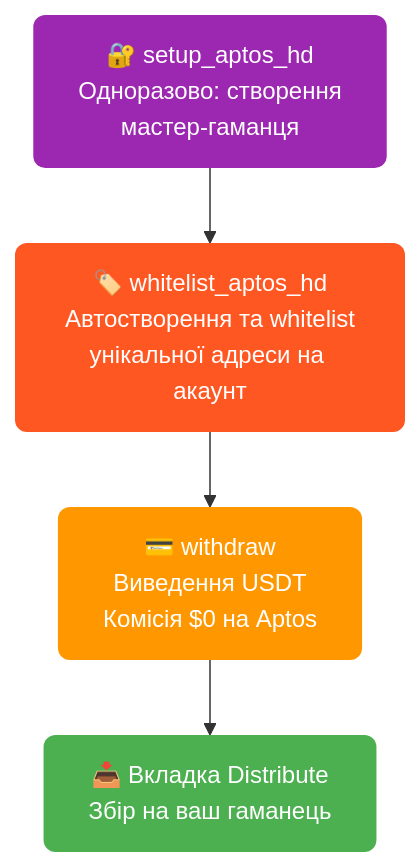
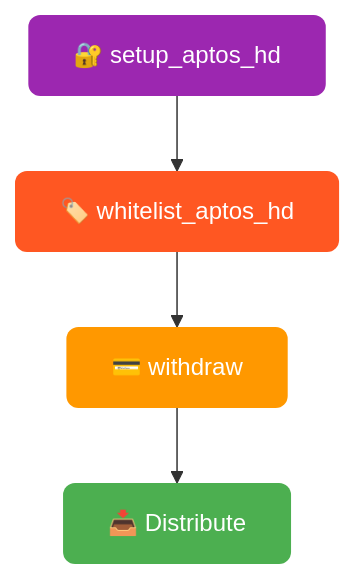
One commit to AutoPilotSoftware/docs changed the ninth of 11 diagrams in src/content/docs/ua/bybit-autopilot.md. Above: the diagram before and after it, drawn with Mermaid. The commit also changed 1 other file, not shown here.

Commit message:
Fix mermaid diagrams: remove multiline labels

````diff
--- a/src/content/docs/ua/bybit-autopilot.md
+++ b/src/content/docs/ua/bybit-autopilot.md
@@ -307,11 +307,11 @@
 ```mermaid
 flowchart TD
-    A["🔐 setup_aptos_hd\nОдноразово: створення\nмастер-гаманця"] --> B["🏷️ whitelist_aptos_hd\nАвтостворення та whitelist\nунікальної адреси на акаунт"]
-    B --> C["💳 withdraw\nВиведення USDT\nКомісія $0 на Aptos"]
-    C --> D["📥 Вкладка Distribute\nЗбір на ваш гаманець"]
+    A["🔐 setup_aptos_hd"] --> B["🏷️ whitelist_aptos_hd"]
+    B --> C["💳 withdraw"]
+    C --> D["📥 Distribute"]
 
     style A fill:#9C27B0,color:#fff,stroke:none,rx:8
     style B fill:#FF5722,color:#fff,stroke:none,rx:8
     style C fill:#FF9800,color:#fff,stroke:none,rx:8
     style D fill:#4CAF50,color:#fff,stroke:none,rx:8
 ```
````
